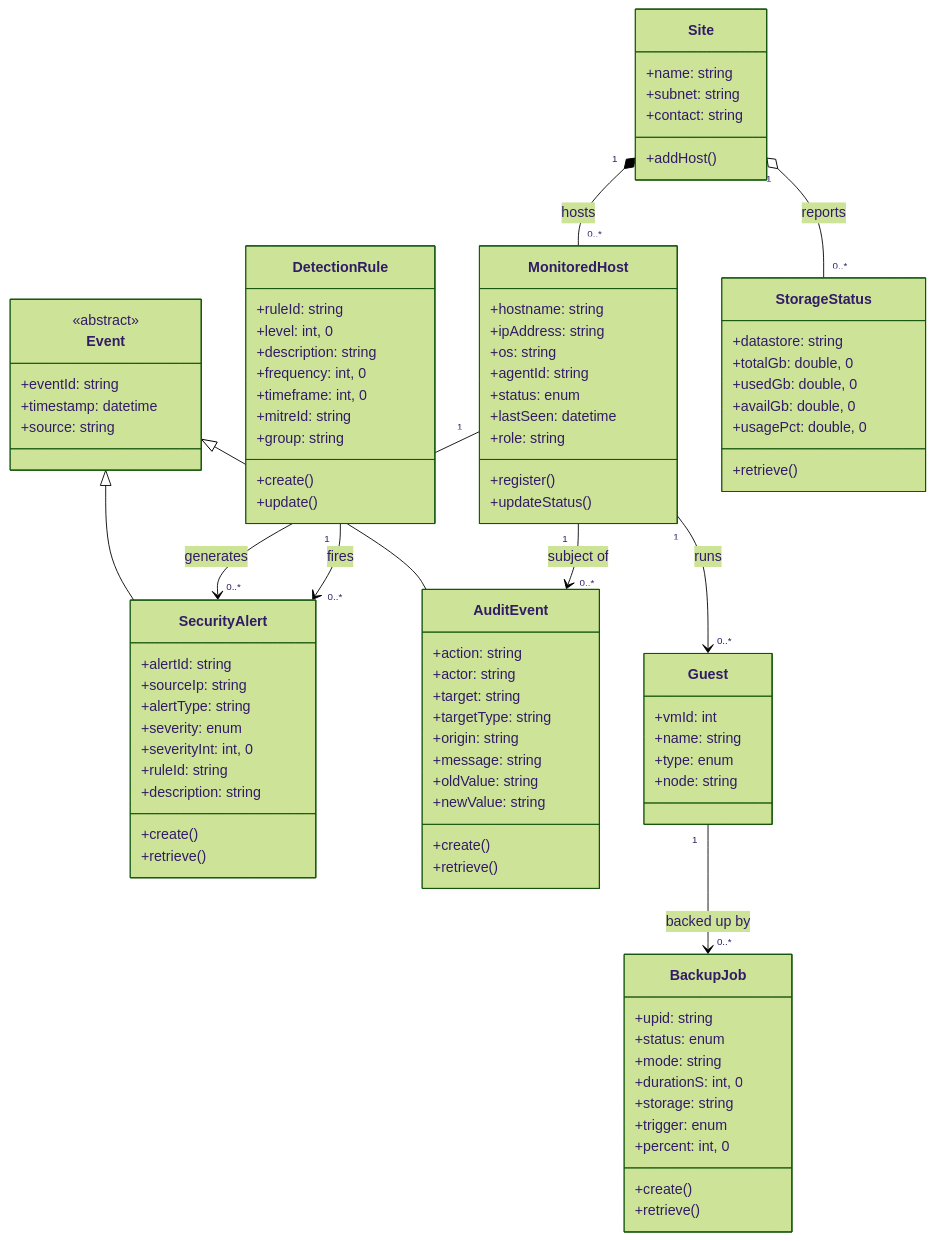
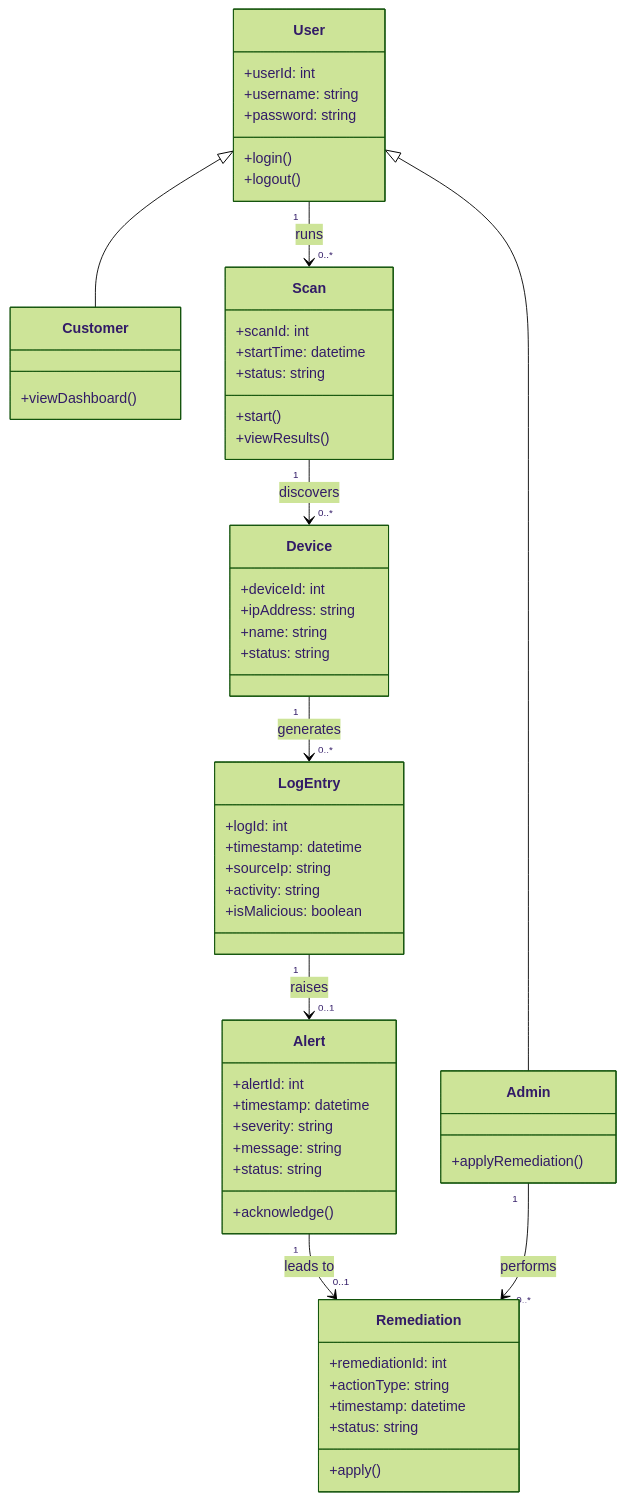
The diagram in docs/CLASS_DIAGRAM.md (LoNSeMonSy/Main), drawn with Mermaid (forest theme) before and after one commit. The commit also changed other lines of this file, not shown here.

Commit message:
Rework class diagram around SRS use cases; simplify
Rebuild docs/CLASS_DIAGRAM.md from the SRS (Login, Scan, Log Activity, Alerts,
Remediation): User/Customer/Admin, Scan, Device, LogEntry, Alert, Remediation,
with a plain "how to read it" guide and the scan->log->alert->fix story.

Claude-Session: https://claude.ai/code/session_01Nj5C5E1i3okZpv1B9Nj9Xm

````diff
--- a/docs/CLASS_DIAGRAM.md
+++ b/docs/CLASS_DIAGRAM.md
@@ -11,95 +27,60 @@
 ```mermaid
 classDiagram
-    class Event {
-        <<abstract>>
-        +eventId: string
+    class User {
+        +userId: int
+        +username: string
+        +password: string
+        +login()
+        +logout()
+    }
+    class Customer {
+        +viewDashboard()
+    }
+    class Admin {
+        +applyRemediation()
+    }
+    class Scan {
+        +scanId: int
+        +startTime: datetime
+        +status: string
+        +start()
+        +viewResults()
+    }
+    class Device {
+        +deviceId: int
+        +ipAddress: string
+        +name: string
+        +status: string
+    }
+    class LogEntry {
+        +logId: int
         +timestamp: datetime
-        +source: string
+        +sourceIp: string
+        +activity: string
+        +isMalicious: boolean
     }
-    class SecurityAlert {
-        +alertId: string
-        +sourceIp: string
-        +alertType: string
-        +severity: enum
-        +severityInt: int, 0
-        +ruleId: string
-        +description: string
-        +create()
-        +retrieve()
+    class Alert {
+        +alertId: int
+        +timestamp: datetime
+        +severity: string
+        +message: string
+        +status: string
+        +acknowledge()
     }
-    class AuditEvent {
-        +action: string
-        +actor: string
-        +target: string
-        +targetType: string
-        +origin: string
-        +message: string
-        +oldValue: string
-        +newValue: string
-        +create()
-        +retrieve()
-    }
-    class DetectionRule {
-        +ruleId: string
-        +level: int, 0
-        +description: string
-        +frequency: int, 0
-        +timeframe: int, 0
-        +mitreId: string
-        +group: string
-        +create()
-        +update()
-    }
-    class MonitoredHost {
-        +hostname: string
-        +ipAddress: string
-        +os: string
-        +agentId: string
-        +status: enum
-        +lastSeen: datetime
-        +role: string
-        +register()
-        +updateStatus()
-    }
-    class Site {
-        +name: string
-        +subnet: string
-        +contact: string
-        +addHost()
-    }
-    class Guest {
-        +vmId: int
-        +name: string
-        +type: enum
-        +node: string
-    }
-    class BackupJob {
-        +upid: string
-        +status: enum
-        +mode: string
-        +durationS: int, 0
-        +storage: string
-        +trigger: enum
-        +percent: int, 0
-        +create()
-        +retrieve()
-    }
-    class StorageStatus {
-        +datastore: string
-        +totalGb: double, 0
-        +usedGb: double, 0
-        +availGb: double, 0
-        +usagePct: double, 0
-        +retrieve()
+    class Remediation {
+        +remediationId: int
+        +actionType: string
+        +timestamp: datetime
+        +status: string
+        +apply()
     }
 
-    Event <|-- SecurityAlert
-    Event <|-- AuditEvent
-    Site "1" *-- "0..*" MonitoredHost : hosts
-    MonitoredHost "1" --> "0..*" SecurityAlert : generates
-    DetectionRule "1" --> "0..*" SecurityAlert : fires
-    MonitoredHost "1" --> "0..*" Guest : runs
-    Guest "1" --> "0..*" BackupJob : backed up by
-    Site "1" o-- "0..*" StorageStatus : reports
-    MonitoredHost "1" --> "0..*" AuditEvent : subject of
+    User <|-- Customer
+    User <|-- Admin
+    User "1" --> "0..*" Scan : runs
+    Scan "1" --> "0..*" Device : discovers
+    Device "1" --> "0..*" LogEntry : generates
+    LogEntry "1" --> "0..1" Alert : raises
+    Alert "1" --> "0..1" Remediation : leads to
+    Admin "1" --> "0..*" Remediation : performs
 ```
````
